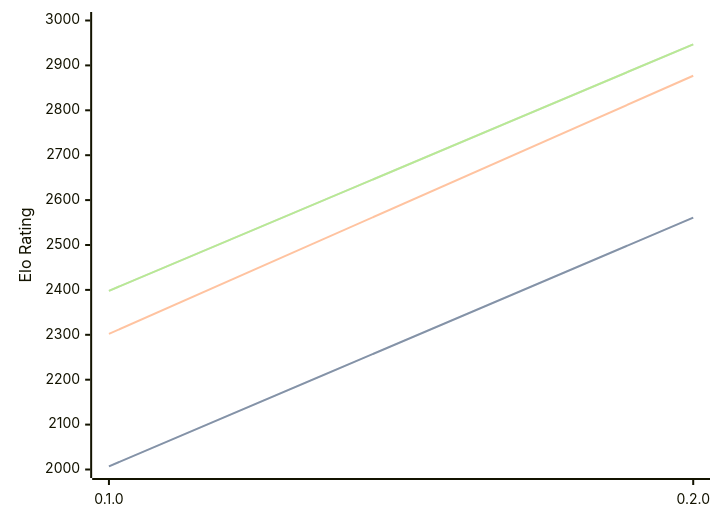
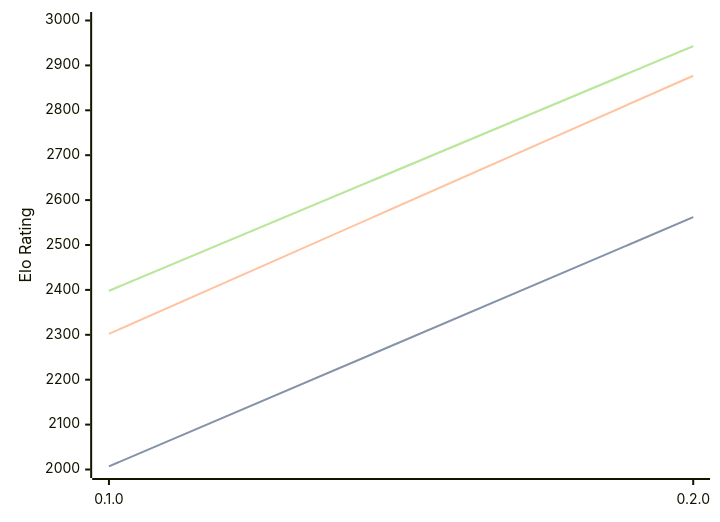
One commit to computer-chess-index/cci changed the third of 3 diagrams in engines/Justbot.md. Above: the diagram before and after it, drawn with Mermaid. The commit also changed other lines of this file, not shown here.

Commit message:
Update CCI Ratings (ELO VLTC) - 2026-07-18

````diff
--- a/engines/Justbot.md
+++ b/engines/Justbot.md
@@ -65,11 +65,11 @@
 ```mermaid
 %%{init: {"theme":"base","themeVariables":{"seriesColors:['#a3a3a3','#222221','#faa371']}}}%%
 xychart-beta
   x-axis ["0.1.0", "0.2.0"]
   y-axis "Elo Rating" 2000 --> 3000
-  line "STC (8.0+0.08s)" [2007, 2561]
-  line "STC (8.0+0.08s)" [2007, 2561]
+  line "STC (8.0+0.08s)" [2007, 2562]
+  line "STC (8.0+0.08s)" [2007, 2562]
   line "LTC (60.0+0.60s)" [2302, 2877]
-  line "VLTC (2m24s+1.12s)" [2398, 2947]
-  line "VLTC (2m24s+1.12s)" [2398, 2947]
+  line "VLTC (2m24s+1.12s)" [2398, 2943]
+  line "VLTC (2m24s+1.12s)" [2398, 2943]
 ```
````
